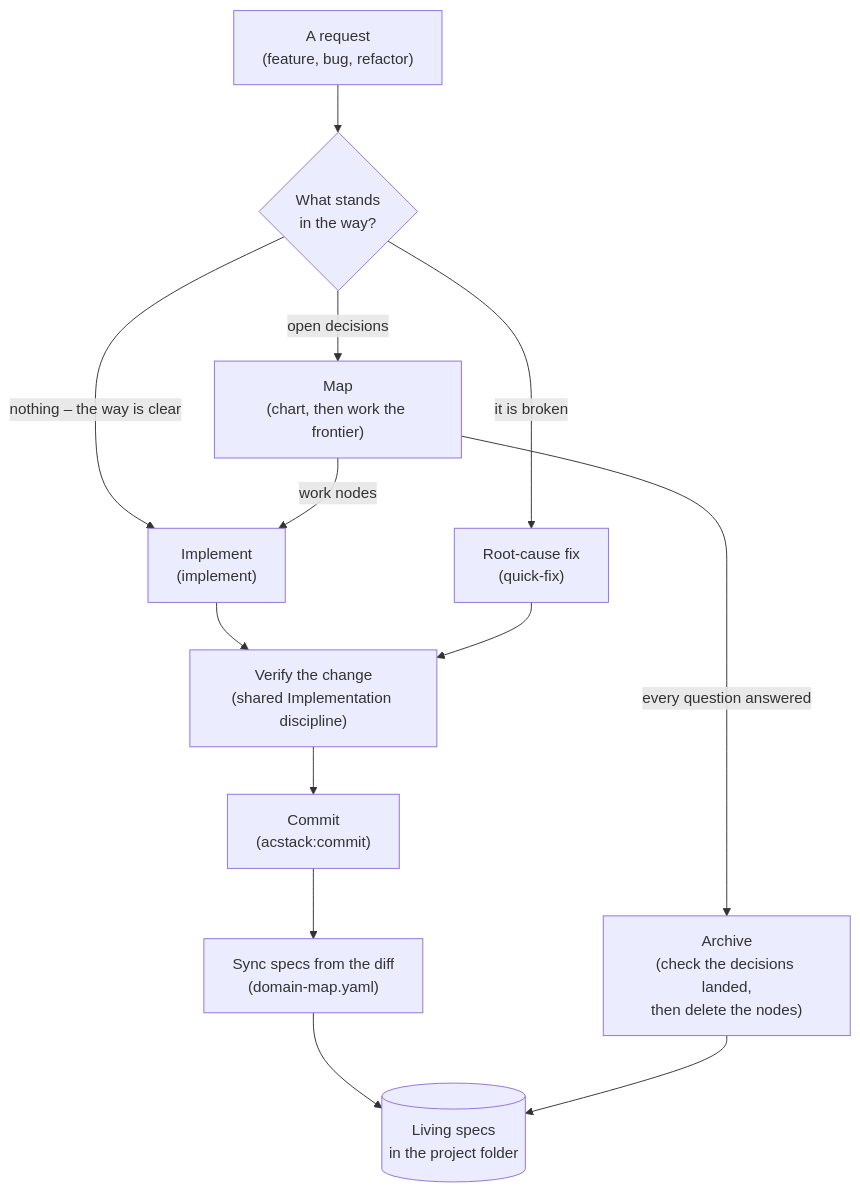
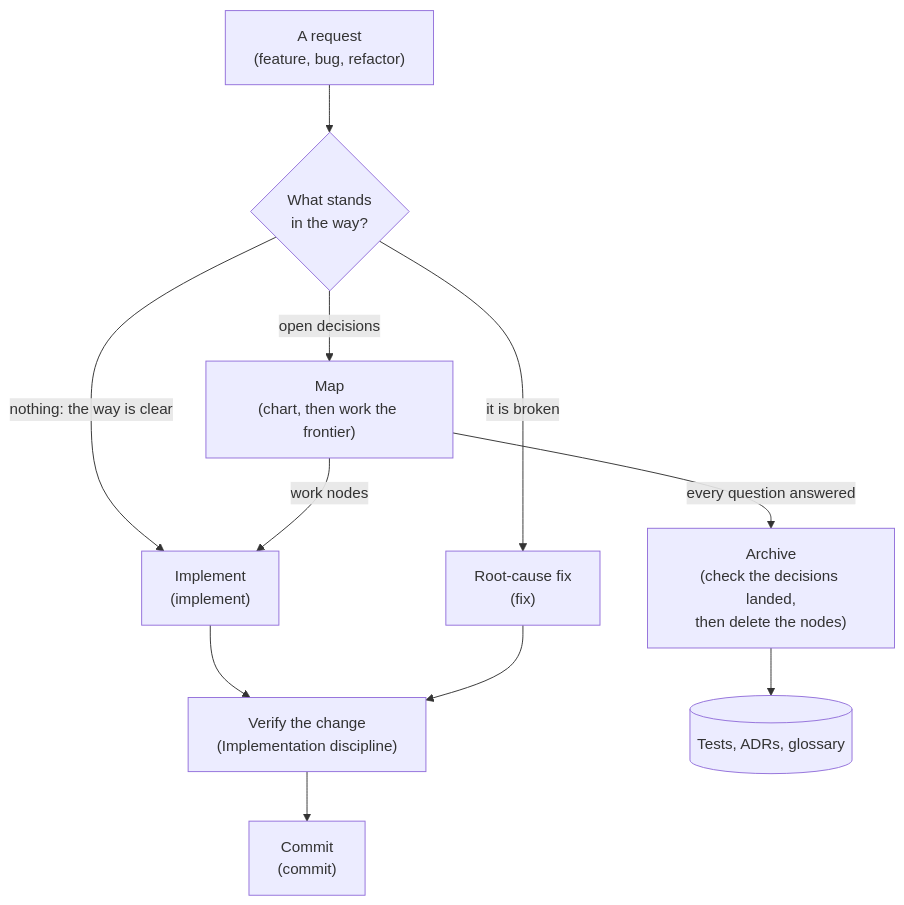
One commit to ac8318740/acstack changed the diagram in docs/workflows.md. Above: the diagram before and after it, drawn with Mermaid. The commit also changed other lines of this file and 93 other files, not shown here.

````diff
--- a/docs/workflows.md
+++ b/docs/workflows.md
@@ -14,15 +7,13 @@
 ```mermaid
 flowchart TD
     R["A request<br/>(feature, bug, refactor)"] --> Q{"What stands<br/>in the way?"}
-    Q -->|"nothing – the way is clear"| I["Implement<br/>(implement)"]
-    Q -->|"it is broken"| F["Root-cause fix<br/>(quick-fix)"]
+    Q -->|"nothing: the way is clear"| I["Implement<br/>(implement)"]
+    Q -->|"it is broken"| F["Root-cause fix<br/>(fix)"]
     Q -->|"open decisions"| M["Map<br/>(chart, then work the frontier)"]
     M -->|"work nodes"| I
-    I --> T["Verify the change<br/>(shared Implementation discipline)"]
+    I --> T["Verify the change<br/>(Implementation discipline)"]
     F --> T
-    T --> C["Commit<br/>(acstack:commit)"]
-    C --> Y["Sync specs from the diff<br/>(domain-map.yaml)"]
-    Y --> L[("Living specs<br/>in the project folder")]
+    T --> C["Commit<br/>(commit)"]
     M -->|"every question answered"| A["Archive<br/>(check the decisions landed,<br/>then delete the nodes)"]
-    A --> L
+    A --> L[("Tests, ADRs, glossary")]
 ```
````
